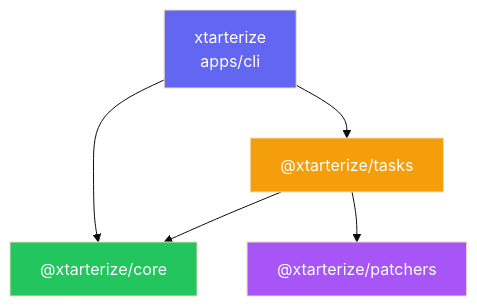
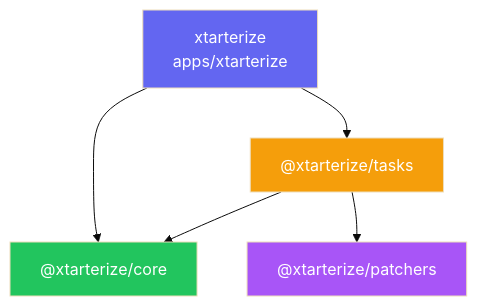
The first of 4 diagrams in apps/docs/src/content/docs/xtarterize/contributing/architecture/overview.mdx (agustinusnathaniel/xtarter), drawn with Mermaid (base theme) before and after one commit. The commit also changed other lines of this file and 7 other files, not shown here.

````diff
--- a/apps/docs/src/content/docs/xtarterize/contributing/architecture/overview.mdx
+++ b/apps/docs/src/content/docs/xtarterize/contributing/architecture/overview.mdx
@@ -26,12 +26,12 @@
 ```mermaid
 flowchart TD
-    CLI["xtarterize<br/>apps/cli"] --> Core["@xtarterize/core"]
+    CLI["xtarterize<br/>apps/xtarterize"] --> Core["@xtarterize/core"]
     CLI --> Tasks["@xtarterize/tasks"]
     Tasks --> Core
     Tasks --> Patchers["@xtarterize/patchers"]
     
     style CLI fill:#6366f1,color:#fff
     style Core fill:#22c55e,color:#fff
     style Tasks fill:#f59e0b,color:#fff
     style Patchers fill:#a855f7,color:#fff
 ```
````
